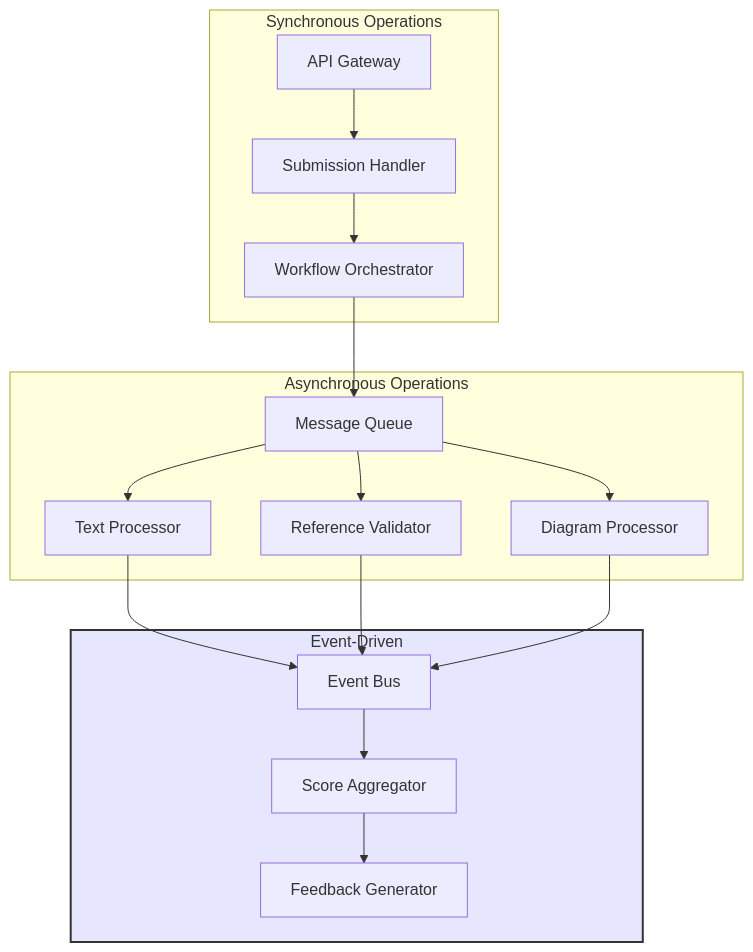
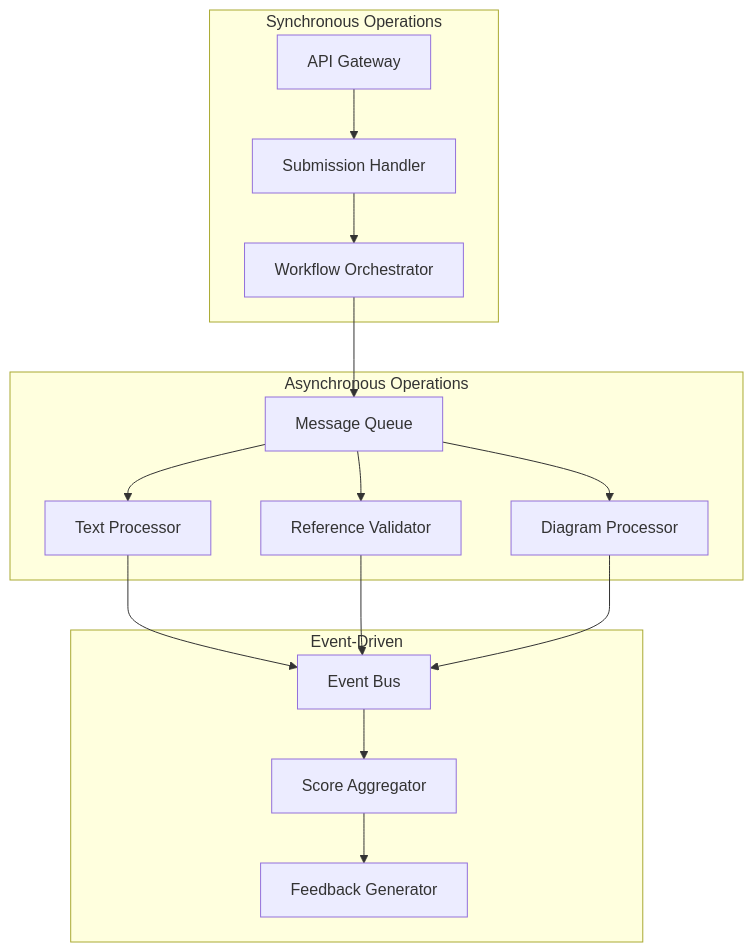
One commit to saugatach/LLM-grader changed the fourth of 9 diagrams in design/LLM-designs/LLM-design-grading-case-study/design-grading-case-study-level2.md. Above: the diagram before and after it, drawn with Mermaid. The commit also changed other lines of this file and 1 other file, not shown here.

Commit message:
fixed the diagrams

````diff
--- a/design/LLM-designs/LLM-design-grading-case-study/design-grading-case-study-level2.md
+++ b/design/LLM-designs/LLM-design-grading-case-study/design-grading-case-study-level2.md
@@ -140,30 +140,28 @@
 ```mermaid
-graph TD
+flowchart TD
     subgraph Synchronous Operations
         A[API Gateway]
         B[Submission Handler]
         C[Workflow Orchestrator]
         A --> B
         B --> C
     end
 
     subgraph Asynchronous Operations
         D[Message Queue]
         E[Text Processor]
         F[Reference Validator]
         G[Diagram Processor]
         C --> D
         D --> E & F & G
     end
 
     subgraph Event-Driven
         H[Event Bus]
         I[Score Aggregator]
         J[Feedback Generator]
         E & F & G --> H
         H --> I
         I --> J
     end
-
-    style Event-Driven fill:#e6e6ff,stroke:#333,stroke-width:2px
 ```
````
